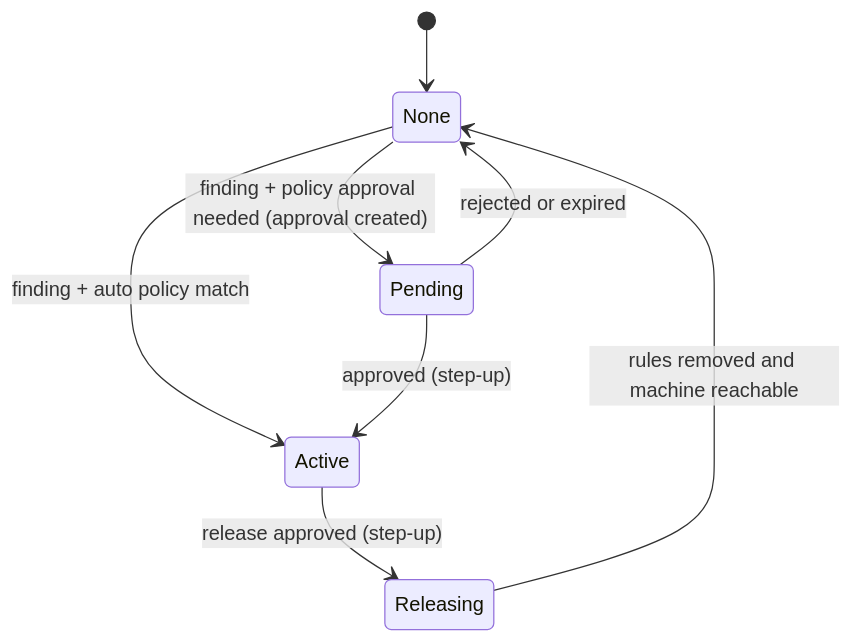
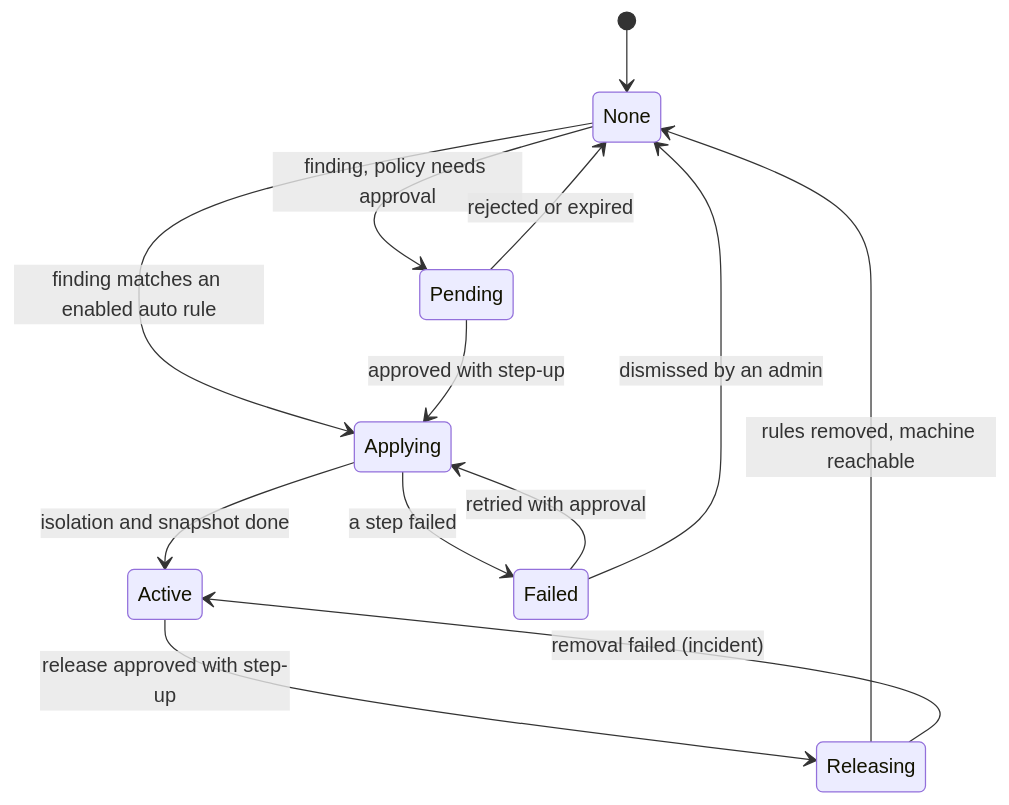
The seventh of 7 diagrams in docs/designs/0001-architecture/design.md (StrangeMatterStudio/Rackhand), drawn with Mermaid before and after one commit. The commit also changed other lines of this file, not shown here.

````diff
--- a/docs/designs/0001-architecture/design.md
+++ b/docs/designs/0001-architecture/design.md
@@ -694,10 +945,15 @@
 ```mermaid
 stateDiagram-v2
   [*] --> None
-  None --> Pending: finding + policy approval needed (approval created)
-  None --> Active: finding + auto policy match
-  Pending --> Active: approved (step-up)
+  None --> Pending: finding, policy needs approval
+  None --> Applying: finding matches an enabled auto rule
+  Pending --> Applying: approved with step-up
   Pending --> None: rejected or expired
-  Active --> Releasing: release approved (step-up)
-  Releasing --> None: rules removed and machine reachable
+  Applying --> Active: isolation and snapshot done
+  Applying --> Failed: a step failed
+  Failed --> Applying: retried with approval
+  Failed --> None: dismissed by an admin
+  Active --> Releasing: release approved with step-up
+  Releasing --> None: rules removed, machine reachable
+  Releasing --> Active: removal failed (incident)
 ```
````
